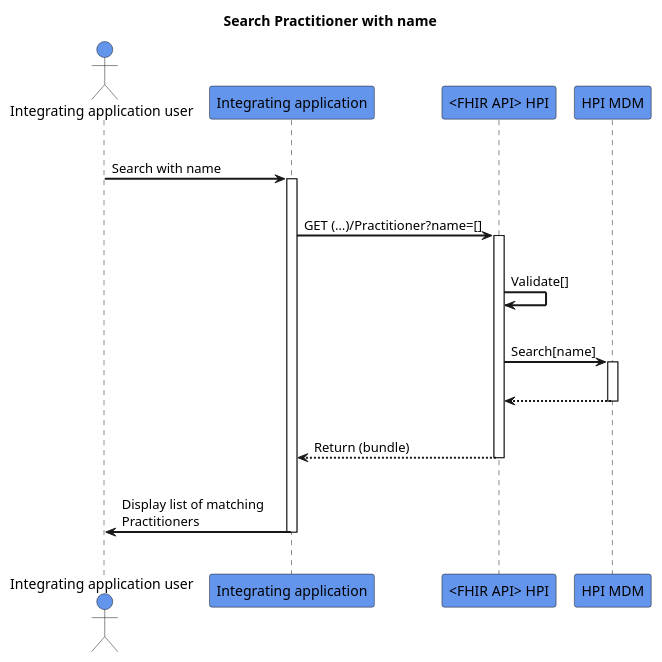
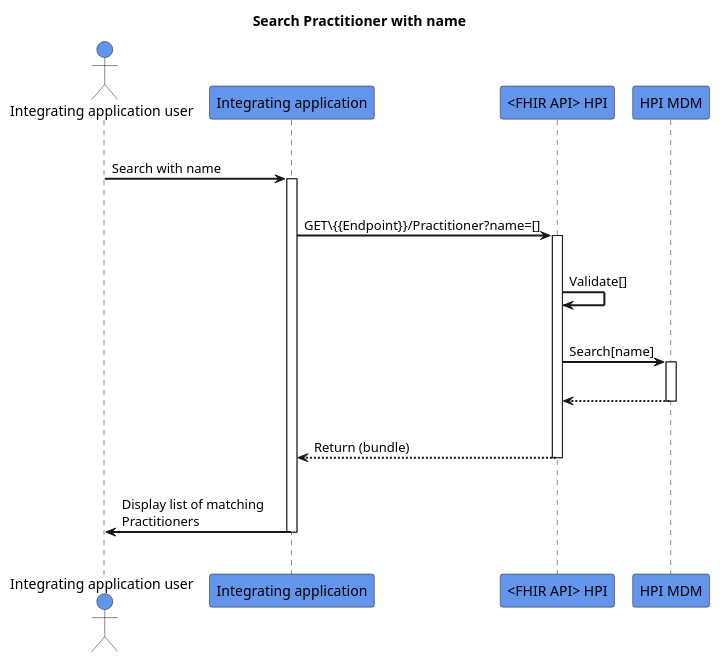
The diagram in input/images-source/search-practitioner-withname.plantuml (HL7NZ/hpi), drawn with PlantUML before and after one commit.

```diff
--- a/input/images-source/search-practitioner-withname.plantuml
+++ b/input/images-source/search-practitioner-withname.plantuml
@@ -1,32 +1,32 @@
 @startuml
 skinparam sequenceArrowThickness 2
 skinparam roundcorner 5
 skinparam maxmessagesize 180
 skinparam sequenceParticipant bold
 title Search Practitioner with name
 actor "Integrating application user" as User #CornflowerBlue
 participant "Integrating application" as A #CornflowerBlue
 participant "<FHIR API> HPI" as B #CornflowerBlue
 participant "HPI MDM" as C #CornflowerBlue
 |||
 User -> A: Search with name
 activate A
 |||
-A -> B: GET (…)/Practitioner?name=[]
+A -> B: GET\{{Endpoint}}/Practitioner?name=[]
 activate B
 |||
 B -> B: Validate[]
 |||
 B -> C: Search[name]
 activate C
 |||
 C -[dashed]-> B:  
 deactivate C
 |||
 B -[dashed]-> A:Return (bundle)
 deactivate B
 |||
 A -> User: Display list of matching Practitioners
 deactivate A
 |||
 @enduml
```
